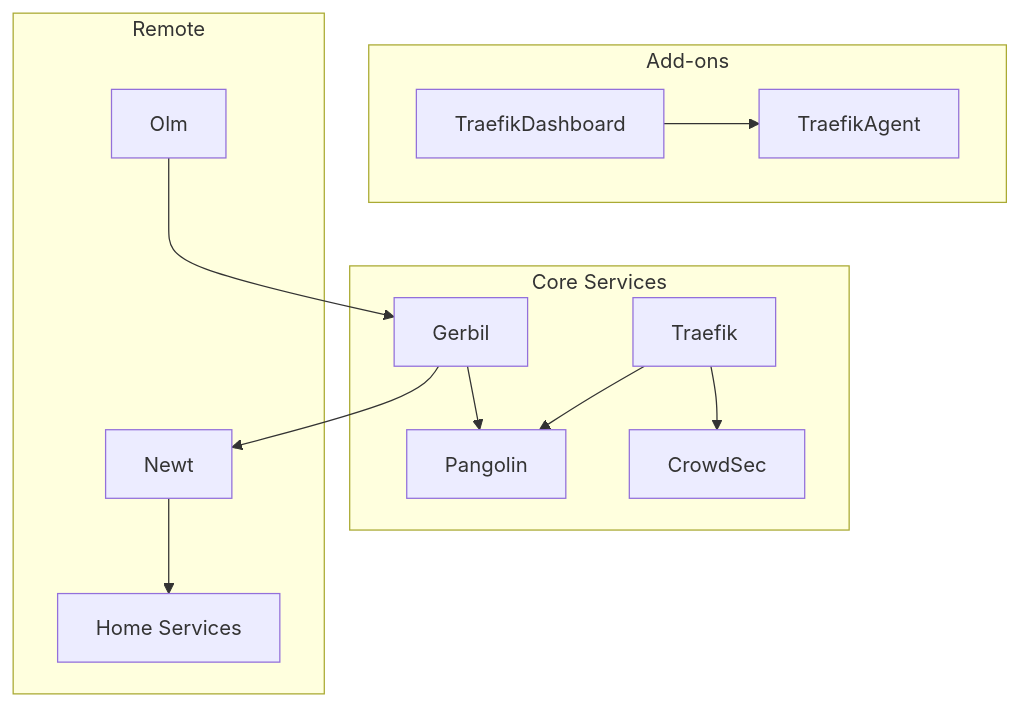
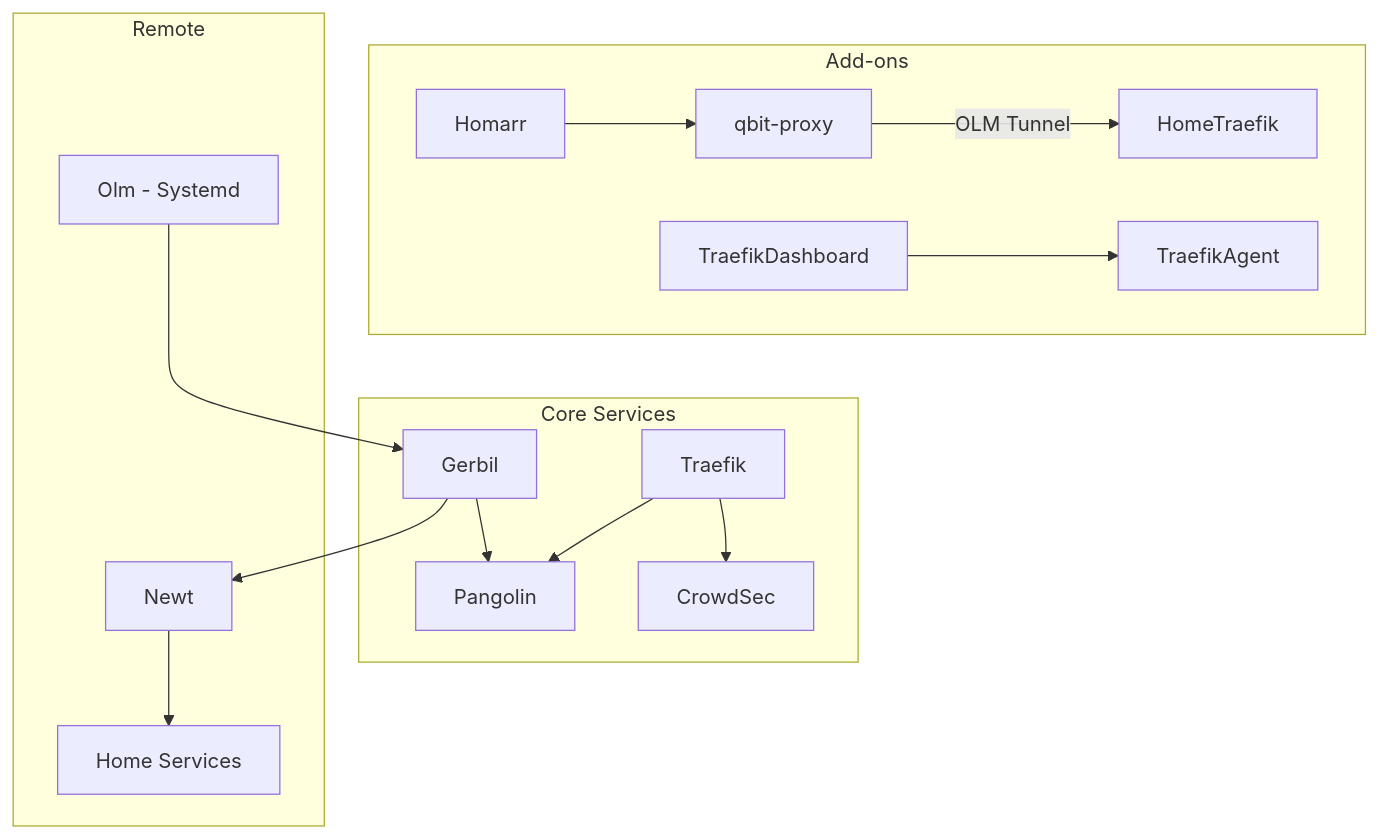
One commit to LostBoxArt/pangolin-stack changed the diagram in INFRASTRUCTURE.md. Above: the diagram before and after it, drawn with Mermaid. The commit also changed other lines of this file and 5 other files, not shown here.

Commit message:
feat: Introduce qbit-proxy to resolve qBittorrent authorization issues, update Olm tunnel to systemd, and refine Traefik routing.

````diff
--- a/INFRASTRUCTURE.md
+++ b/INFRASTRUCTURE.md
@@ -54,20 +58,20 @@
 ```mermaid
 graph TD
     subgraph "Core Services"
         Traefik --> Pangolin
         Traefik --> CrowdSec
         Gerbil --> Pangolin
     end
     
     subgraph "Add-ons"
-
-
+        Homarr --> qbit-proxy
+        qbit-proxy -- "OLM Tunnel" --> HomeTraefik
         TraefikDashboard --> TraefikAgent
     end
     
     subgraph "Remote"
-        Olm --> Gerbil
+        OlmSystemd[Olm - Systemd] --> Gerbil
         Gerbil --> Newt
         Newt --> HomeServices[Home Services]
     end
 ```
````
